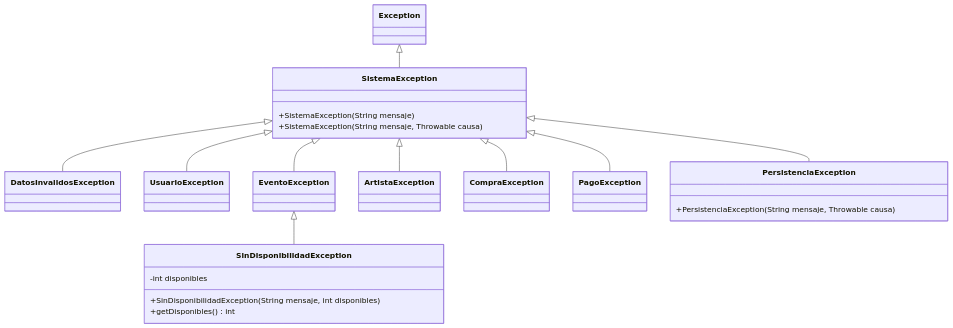
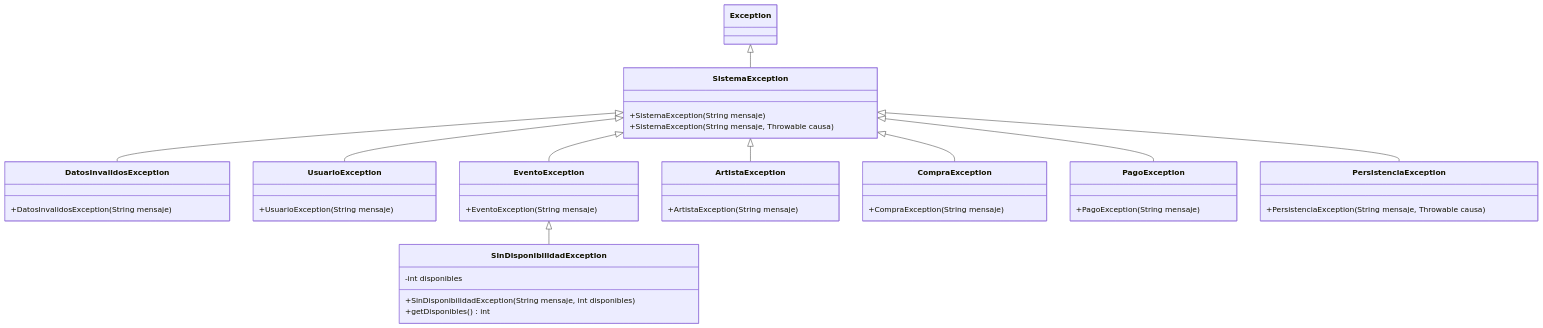
Before and after one commit to AgustinSimonenco/gestion-eventos-musicales: the fourth of 4 diagrams in docs/diseno/p6-diagrama-de-clases-modelo.md, drawn with Mermaid. The commit also changed other lines of this file and 11 other files, not shown here.

First line of the commit message:
Diagramas: cruce completo con el codigo y correcciones

````diff
--- a/docs/diseno/p6-diagrama-de-clases-modelo.md
+++ b/docs/diseno/p6-diagrama-de-clases-modelo.md
@@ -399,34 +414,46 @@
 ```mermaid
 classDiagram
     direction TB
 
     class Exception
     class SistemaException {
         +SistemaException(String mensaje)
         +SistemaException(String mensaje, Throwable causa)
     }
-    class DatosInvalidosException
-    class UsuarioException
-    class EventoException
+    class DatosInvalidosException {
+        +DatosInvalidosException(String mensaje)
+    }
+    class UsuarioException {
+        +UsuarioException(String mensaje)
+    }
+    class EventoException {
+        +EventoException(String mensaje)
+    }
     class SinDisponibilidadException {
         -int disponibles
         +SinDisponibilidadException(String mensaje, int disponibles)
         +getDisponibles() int
     }
-    class ArtistaException
-    class CompraException
-    class PagoException
+    class ArtistaException {
+        +ArtistaException(String mensaje)
+    }
+    class CompraException {
+        +CompraException(String mensaje)
+    }
+    class PagoException {
+        +PagoException(String mensaje)
+    }
     class PersistenciaException {
         +PersistenciaException(String mensaje, Throwable causa)
     }
 
     Exception <|-- SistemaException
     SistemaException <|-- DatosInvalidosException
     SistemaException <|-- UsuarioException
     SistemaException <|-- EventoException
     EventoException <|-- SinDisponibilidadException
     SistemaException <|-- ArtistaException
     SistemaException <|-- CompraException
     SistemaException <|-- PagoException
     SistemaException <|-- PersistenciaException
 ```
````
